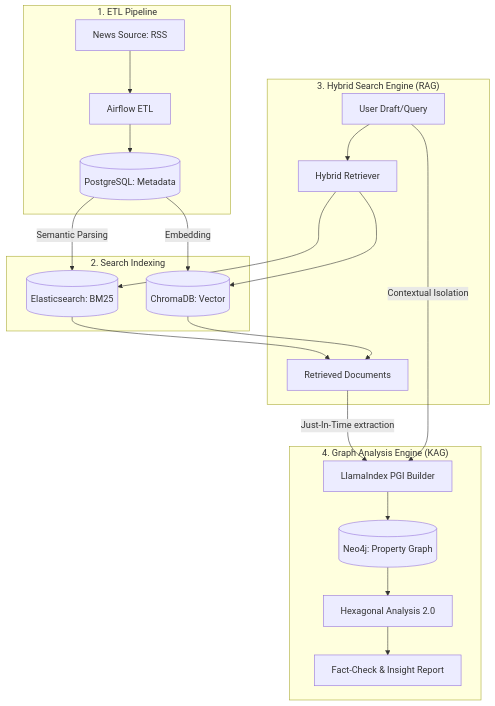
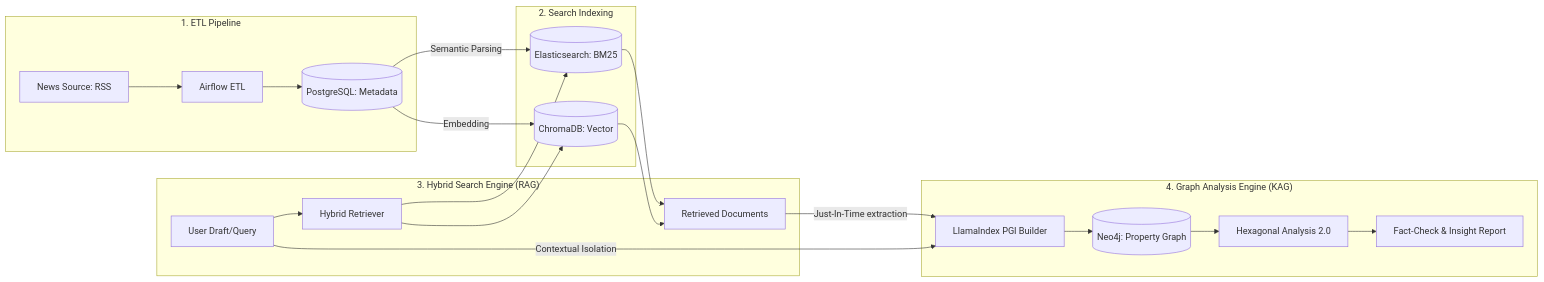
The diagram in README.md (hyos0415/KAG_LlamaIndex), drawn with Mermaid before and after one commit. The commit also changed 1 other file, not shown here.

Commit message:
fix : 다이어그램 레이아웃 가로형으로 변경

````diff
--- a/README.md
+++ b/README.md
@@ -19,27 +19,27 @@
 ```mermaid
-graph TD
+graph LR
     subgraph "1. ETL Pipeline"
         A[News Source: RSS] --> B[Airflow ETL]
         B --> C[(PostgreSQL: Metadata)]
     end
 
     subgraph "2. Search Indexing"
         C -- "Semantic Parsing" --> D[(Elasticsearch: BM25)]
         C -- "Embedding" --> E[(ChromaDB: Vector)]
     end
 
     subgraph "3. Hybrid Search Engine (RAG)"
         F[User Draft/Query] --> G[Hybrid Retriever]
         G --> D
         G --> E
         D & E --> H[Retrieved Documents]
     end
 
     subgraph "4. Graph Analysis Engine (KAG)"
         H -- "Just-In-Time extraction" --> I[LlamaIndex PGI Builder]
         F -- "Contextual Isolation" --> I
         I --> J[(Neo4j: Property Graph)]
         J --> K[Hexagonal Analysis 2.0]
         K --> L[Fact-Check & Insight Report]
     end
 ```
````
